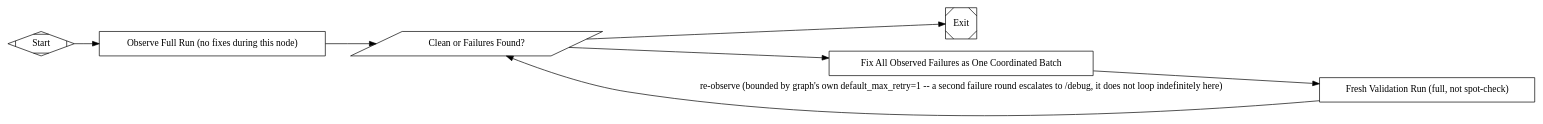
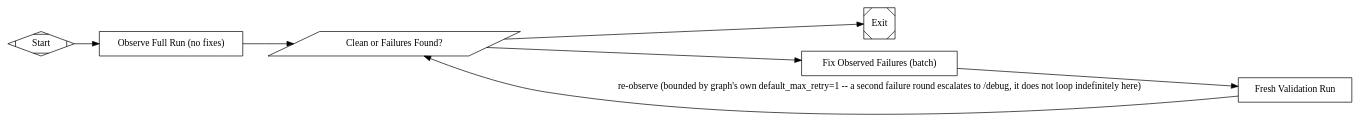
One commit to kenotron-ms/amplifier-bundle-kenergy changed the diagram in pipelines/kenergy_full_cycle/subgraphs/subgraphs/integration_testing_gate.dot. Above: the diagram before and after it, drawn with Graphviz. The commit also changed 30 other files, not shown here.

First line of the commit message:
fix(pipelines): route goal_gate verdicts through report_outcome tool calls

```diff
--- a/pipelines/kenergy_full_cycle/subgraphs/subgraphs/integration_testing_gate.dot
+++ b/pipelines/kenergy_full_cycle/subgraphs/subgraphs/integration_testing_gate.dot
@@ -1,67 +1,73 @@
 // integration_testing_gate.dot
 //
 // Subgraph rendering of the "integration-testing-discipline" skill
 // (skills/integration-testing-discipline/SKILL.md): OBSERVE FIRST, FIX IN
 // BATCHES, NEVER FIX DURING ACTIVE E2E RUNS. Invoked from build_like_ken.dot
 // when RouteVerificationLevel observes verification_level="dtu" (the
 // heaviest VDD tier -- long-running container/DTU integration runs).
 //
 // This subgraph exists specifically to structurally prevent the failure mode
 // the skill names: an LLM node seeing one failure mid-run and patching it
 // immediately, which invalidates the run. The graph shape enforces the
 // skill's four principles by construction -- observation and remediation are
 // separate nodes with a hard boundary between them, not just a prompt asking
 // nicely for discipline.
 //
 // Inputs:
 //   $task_id  - task whose integration behavior is being verified
 //
 // Outputs:
 //   integration.result       - "clean" | "failures_batched_and_fixed"
 //   integration.report_path  - path to the full failure list + fix batch
 
 digraph integration_testing_gate {
   graph [rankdir=LR, default_max_retry=1, default_fidelity="summary:high"];
 
   Start [shape=Mdiamond, label="Start"];
   Exit  [shape=Msquare,  label="Exit"];
 
   // Principle 2 (long-running is normal) and Principle 3 (check container
   // state directly) are enforced by giving this node NOTHING else to do --
   // it cannot "quick fix" because fixing isn't available to it; only
   // observation and recording are.
   ObserveRun [
     shape=box, goal_gate=true, fidelity="full",
-    label="Observe Full Run (no fixes during this node)",
-    prompt="Run the integration/E2E scenario for task ${task_id} to completion or real failure. OBSERVE FIRST. Do not make any code change during this run, no matter how small or obviously correct the fix seems -- one fix mid-run invalidates the whole run.\n\nDo not declare 'stuck' from wall-clock time alone. Check actual error signals: exit codes, error messages in logs, process death, hung processes. If progress seems inconsistent with what an API/monitor reports, check the container's internal state directly (docker exec: ls, cat trackers, ps aux) rather than trusting the monitor.\n\nCapture EVERY failure the run surfaces, in the order they occur, with exact error text and exact reproduction steps. Write .resolve/build/integration_observations_${task_id}.json with {\"clean\":true|false,\"failures\":[{\"error\":\"...\",\"where\":\"...\",\"repro\":\"...\"}]}. Print the single line: run_observed"
+    label="Observe Full Run (no fixes)",
+    prompt="Run the integration/E2E scenario for task ${task_id} to completion or real failure. OBSERVE FIRST. Do not make any code change during this run, no matter how small or obviously correct the fix seems -- one fix mid-run invalidates the whole run.\n\nDo not declare 'stuck' from wall-clock time alone. Check actual error signals: exit codes, error messages in logs, process death, hung processes. If progress seems inconsistent with what an API/monitor reports, check the container's internal state directly (docker exec: ls, cat trackers, ps aux) rather than trusting the monitor.\n\nCapture EVERY failure the run surfaces, in the order they occur, with exact error text and exact reproduction steps. Write .resolve/build/integration_observations_${task_id}.json with {\"clean\":true|false,\"failures\":[{\"error\":\"...\",\"where\":\"...\",\"repro\":\"...\"}]}. Call the report_outcome tool with status=\"success\" and preferred_label=\"run_observed\" (also print the single line: run_observed)"
   ];
 
+  // Writes context.integration.result / integration.report_path directly
+  // (parse_json="true"), closing a missing-writer gap: this graph's own
+  // header documents both as its outputs, and build_like_ken.dot's Reviewer
+  // prompt reads ${integration.report_path} directly -- but nothing here
+  // ever actually set them (same missing-writer bug class as
+  // scenario_verification.dot's identical scenario.* fix above).
   ObservationGate [
-    shape=parallelogram, label="Clean or Failures Found?",
-    tool_command="#!/bin/sh\nset -e\npython3 -c \"import json;d=json.load(open('.resolve/build/integration_observations_${task_id}.json'));print('clean' if d['clean'] else 'has_failures')\""
+    shape=parallelogram, label="Clean or Failures Found?", parse_json="true",
+    tool_command="#!/bin/sh\nset -e\nclean=$(python3 -c \"import json;d=json.load(open('.resolve/build/integration_observations_${task_id}.json'));print('clean' if d['clean'] else 'has_failures')\")\nif [ \"$clean\" = clean ] && [ -f \".resolve/build/integration_fix_batch_${task_id}.json\" ]; then\n  result=failures_batched_and_fixed\nelse\n  result=\"$clean\"\nfi\nprintf '{\"route\":\"%s\",\"integration.result\":\"%s\",\"integration.report_path\":\".resolve/build/integration_observations_${task_id}.json\"}' \"$clean\" \"$result\""
   ];
 
   // Principle 1 (fix in batches, only after observation stops) and
   // Principle 4 (one run, all errors, fixed in dependency order).
   FixBatch [
     shape=box, goal_gate=true, fidelity="full",
-    label="Fix All Observed Failures as One Coordinated Batch",
-    prompt="Read every failure in .resolve/build/integration_observations_${task_id}.json. Address them together, in dependency order (fix the failure that unblocks others first). Do not fix one and start a new run to check it -- fix the whole batch, then hand off to a single fresh validation run.\n\nWrite .resolve/build/integration_fix_batch_${task_id}.json with {\"fixes_applied\":[{\"failure\":\"...\",\"fix\":\"...\",\"commit_sha\":\"...\"}]}. Print the single line: batch_fixed"
+    label="Fix Observed Failures (batch)",
+    prompt="Read every failure in .resolve/build/integration_observations_${task_id}.json. Address them together, in dependency order (fix the failure that unblocks others first). Do not fix one and start a new run to check it -- fix the whole batch, then hand off to a single fresh validation run.\n\nWrite .resolve/build/integration_fix_batch_${task_id}.json with {\"fixes_applied\":[{\"failure\":\"...\",\"fix\":\"...\",\"commit_sha\":\"...\"}]}. Call the report_outcome tool with status=\"success\" and preferred_label=\"batch_fixed\" (also print the single line: batch_fixed)"
   ];
 
   // A second full observation run, never a partial re-check of just the
   // fixed failures -- matches Principle 4's "1 observation run + 1
   // validation run", not N interrupted runs.
   ValidationRun [
     shape=box, goal_gate=true, fidelity="full",
-    label="Fresh Validation Run (full, not spot-check)",
-    prompt="Run the same integration/E2E scenario for task ${task_id} again, fresh and complete, to confirm the fix batch actually converged. Write .resolve/build/integration_observations_${task_id}.json (overwrite) with the same shape as before. Print the single line: validation_run_done"
+    label="Fresh Validation Run",
+    prompt="Run the same integration/E2E scenario for task ${task_id} again, fresh and complete, to confirm the fix batch actually converged. Write .resolve/build/integration_observations_${task_id}.json (overwrite) with the same shape as before. Call the report_outcome tool with status=\"success\" and preferred_label=\"validation_run_done\" (also print the single line: validation_run_done)"
   ];
 
   Start            -> ObserveRun;
   ObserveRun       -> ObservationGate;
-  ObservationGate  -> Exit     [condition="context.tool.last_line=clean", weight="2"];
-  ObservationGate  -> FixBatch [condition="context.tool.last_line=has_failures"];
+  ObservationGate  -> Exit     [condition="context.route=clean", weight="2"];
+  ObservationGate  -> FixBatch [condition="context.route=has_failures"];
   FixBatch         -> ValidationRun;
   ValidationRun    -> ObservationGate [loop_restart="true", label="re-observe (bounded by graph's own default_max_retry=1 -- a second failure round escalates to /debug, it does not loop indefinitely here)"];
 }
```
